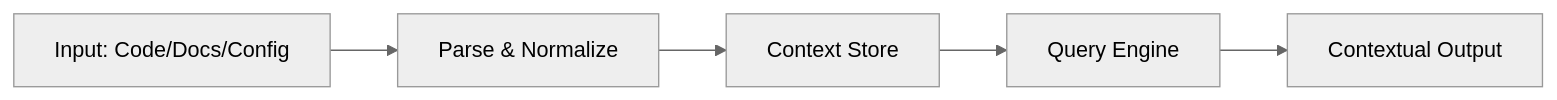
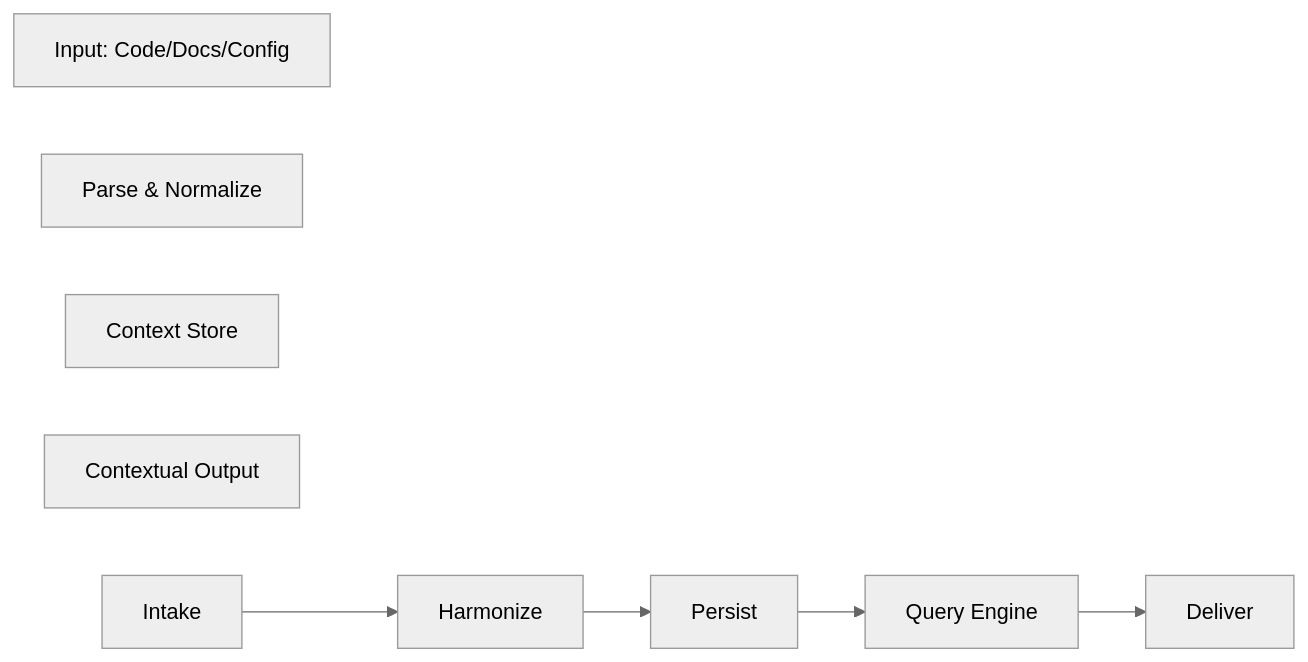
One commit to Alextorelli/ProspectPro changed the diagram in docs/diagrams/tooling/context-pipeline.mmd. Above: the diagram before and after it, drawn with Mermaid (neutral theme). The commit also changed 9 other files, not shown here.

Commit message:
docs: add technical filetree diagram, update codebase index, unify color palette across diagrams, and update standards

```diff
--- a/docs/diagrams/tooling/context-pipeline.mmd
+++ b/docs/diagrams/tooling/context-pipeline.mmd
@@ -1,8 +1,13 @@
 %% Context Pipeline
 flowchart LR
     Input[Input: Code/Docs/Config]
     Parse[Parse & Normalize]
     Store[Context Store]
     Query[Query Engine]
     Output[Contextual Output]
-    Input --> Parse --> Store --> Query --> Output
+    Intake --> Harmonize --> Persist --> Query --> Deliver
+    class Intake ingest
+    class Harmonize normalize
+    class Persist storage
+    class Query retrieval
+    class Deliver delivery
```
